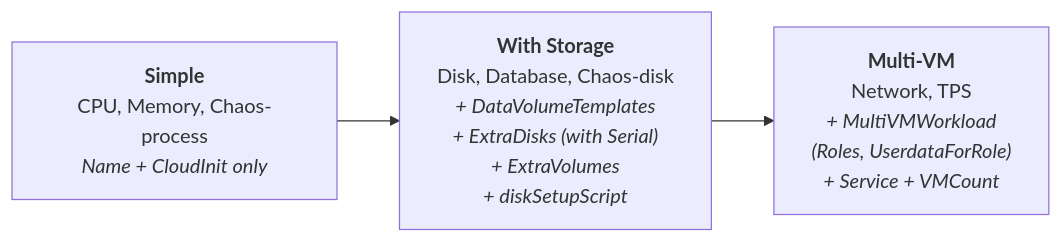
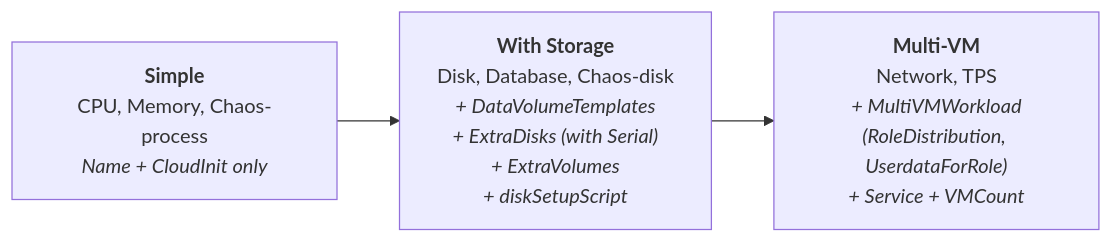
The diagram in docs/guide/03-adding-a-workload.md (opdev/virtwork), drawn with Mermaid before and after one commit. The commit also changed other lines of this file and 2 other files, not shown here.

````diff
--- a/docs/guide/03-adding-a-workload.md
+++ b/docs/guide/03-adding-a-workload.md
@@ -549,7 +534,7 @@
 ```mermaid
 flowchart LR
     A["<b>Simple</b><br/>CPU, Memory, Chaos-process<br/><i>Name + CloudInit only</i>"]
     B["<b>With Storage</b><br/>Disk, Database, Chaos-disk<br/><i>+ DataVolumeTemplates<br/>+ ExtraDisks (with Serial)<br/>+ ExtraVolumes<br/>+ diskSetupScript</i>"]
-    C["<b>Multi-VM</b><br/>Network, TPS<br/><i>+ MultiVMWorkload<br/>(Roles, UserdataForRole)<br/>+ Service + VMCount</i>"]
+    C["<b>Multi-VM</b><br/>Network, TPS<br/><i>+ MultiVMWorkload<br/>(RoleDistribution, UserdataForRole)<br/>+ Service + VMCount</i>"]
     A --> B --> C
 ```
````
